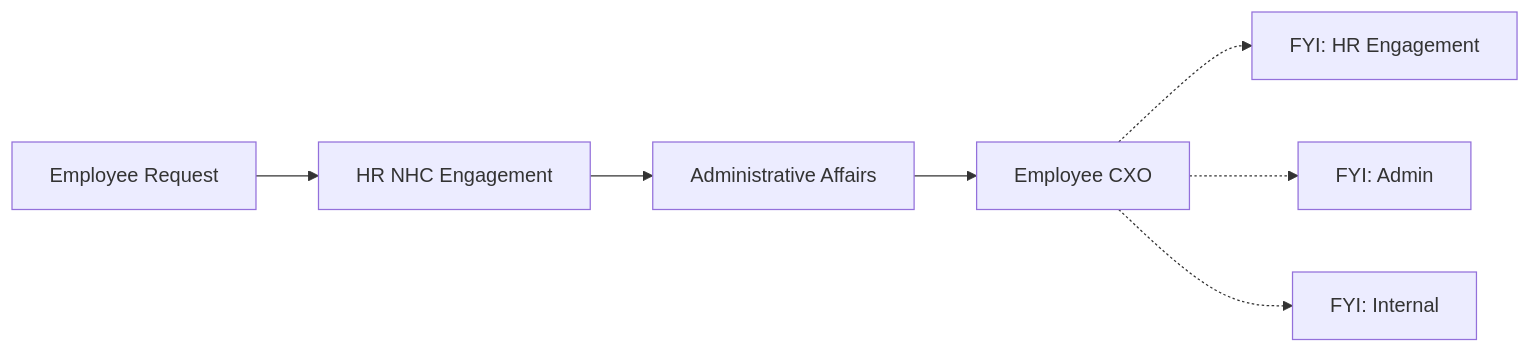
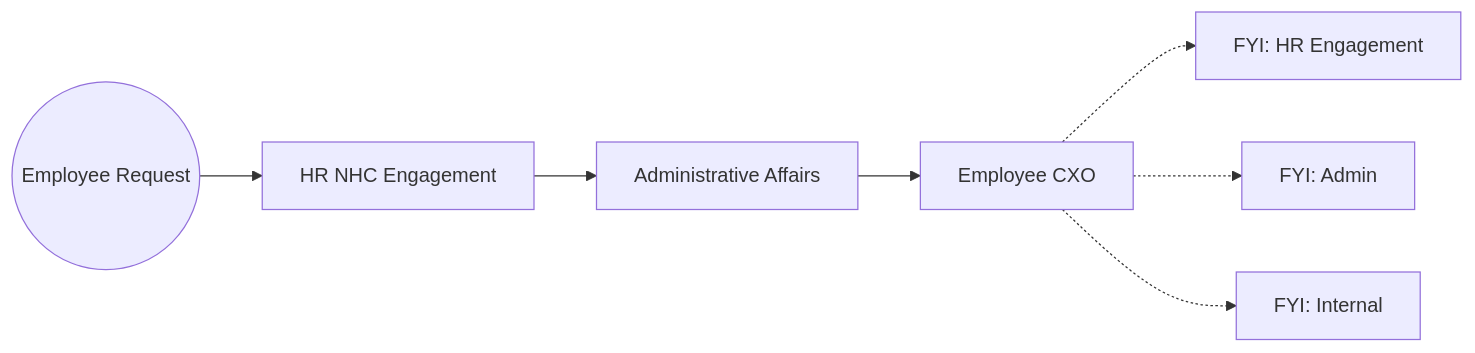
One commit to xfoxxe/dd changed the diagram in README.md. Above: the diagram before and after it, drawn with Mermaid.

````diff
--- a/README.md
+++ b/README.md
@@ -1,19 +1,19 @@
 ```mermaid
 flowchart LR
-    A[Employee Request]
+    A((Employee Request))
     B[HR NHC Engagement]
     C[Administrative Affairs]
     D[Employee CXO]
 
     E[FYI: HR Engagement]
     F[FYI: Admin]
     G[FYI: Internal]
 
     A --> B
     B --> C
     C --> D
 
     D -.-> E
     D -.-> F
     D -.-> G
 ```
````
